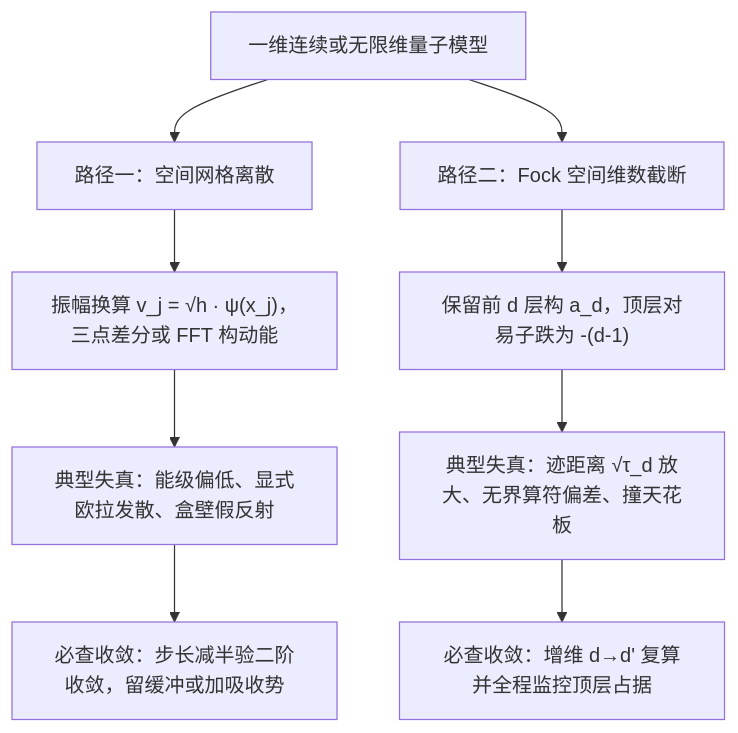
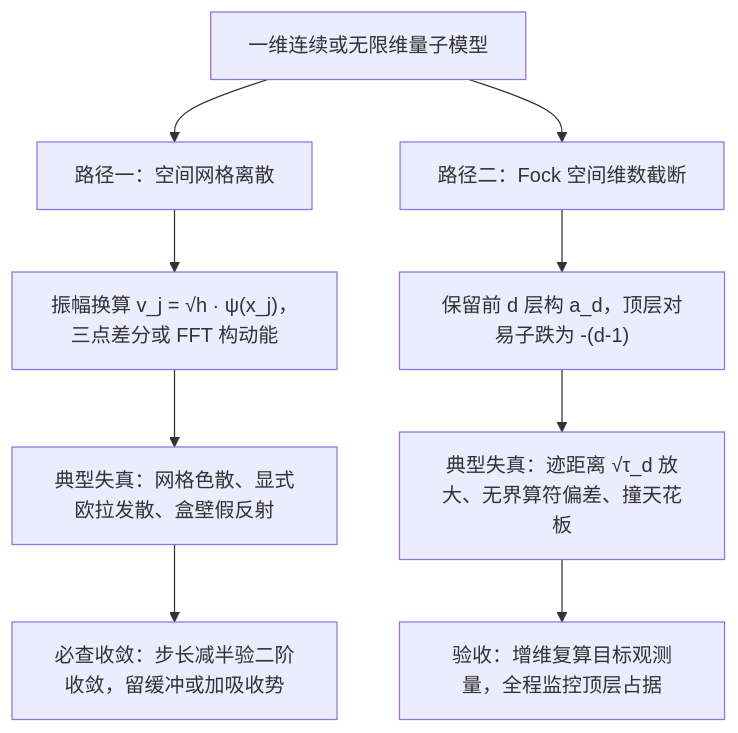
One commit to nanless/quantum-computing-handbook changed the diagram in handbook/quantum-mechanics/04-wavefunctions-models.md. Above: the diagram before and after it, drawn with Mermaid. The commit also changed other lines of this file and 346 other files, not shown here.

````diff
--- a/handbook/quantum-mechanics/04-wavefunctions-models.md
+++ b/handbook/quantum-mechanics/04-wavefunctions-models.md
@@ -1866,11 +1895,11 @@
 ```mermaid
 flowchart TD
     A["一维连续或无限维量子模型"] --> B["路径一：空间网格离散"]
     A --> C["路径二：Fock 空间维数截断"]
     B --> B1["振幅换算 v_j = √h · ψ(x_j)，三点差分或 FFT 构动能"]
-    B1 --> B2["典型失真：能级偏低、显式欧拉发散、盒壁假反射"]
+    B1 --> B2["典型失真：网格色散、显式欧拉发散、盒壁假反射"]
     B2 --> B3["必查收敛：步长减半验二阶收敛，留缓冲或加吸收势"]
     C --> C1["保留前 d 层构 a_d，顶层对易子跌为 -(d-1)"]
     C1 --> C2["典型失真：迹距离 √τ_d 放大、无界算符偏差、撞天花板"]
-    C2 --> C3["必查收敛：增维 d→d' 复算并全程监控顶层占据"]
+    C2 --> C3["验收：增维复算目标观测量，全程监控顶层占据"]
 ```
````
